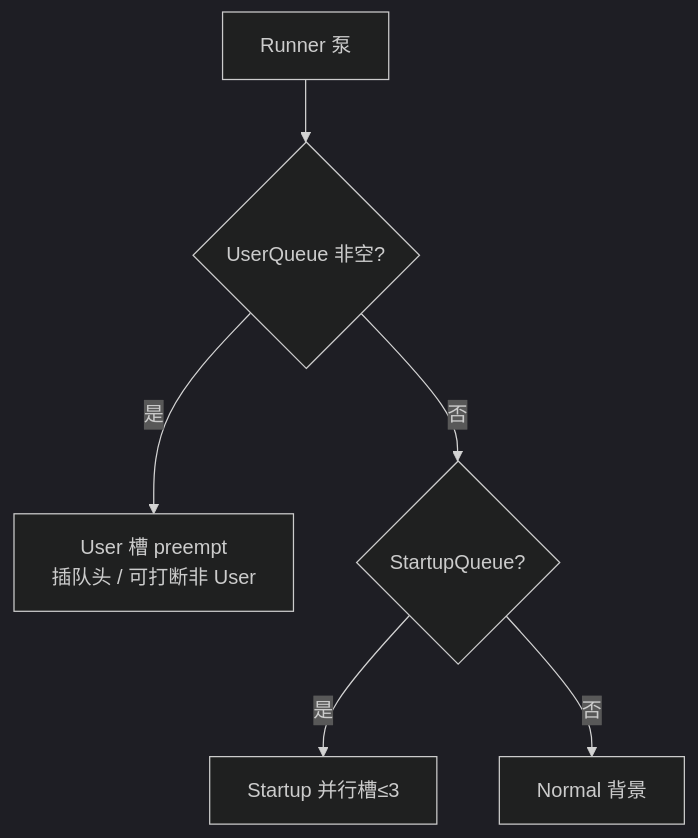
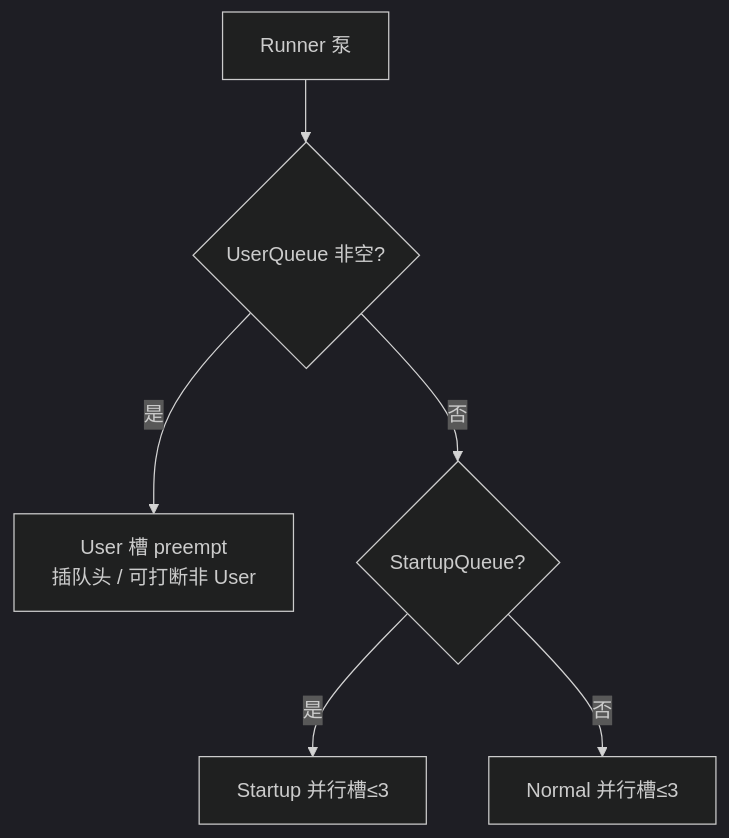
One commit to sika0819/CustomSRP changed the eighth of 12 diagrams in Assets/GameMain/Docs/13-bank-download.md. Above: the diagram before and after it, drawn with Mermaid (dark theme). The commit also changed other lines of this file and 266 other files, not shown here.

First line of the commit message:
feat(island): harden playback, grass bake, and bank flow

````diff
--- a/Assets/GameMain/Docs/13-bank-download.md
+++ b/Assets/GameMain/Docs/13-bank-download.md
@@ -283,8 +293,8 @@
 ```mermaid
 flowchart TB
   Pump[Runner 泵] --> U{UserQueue 非空?}
   U -->|是| UserSlot[User 槽 preempt<br/>插队头 / 可打断非 User]
   U -->|否| S{StartupQueue?}
   S -->|是| StartSlot[Startup 并行槽≤3]
-  S -->|否| N[Normal 背景]
+  S -->|否| N[Normal 并行槽≤3]
 ```
````
